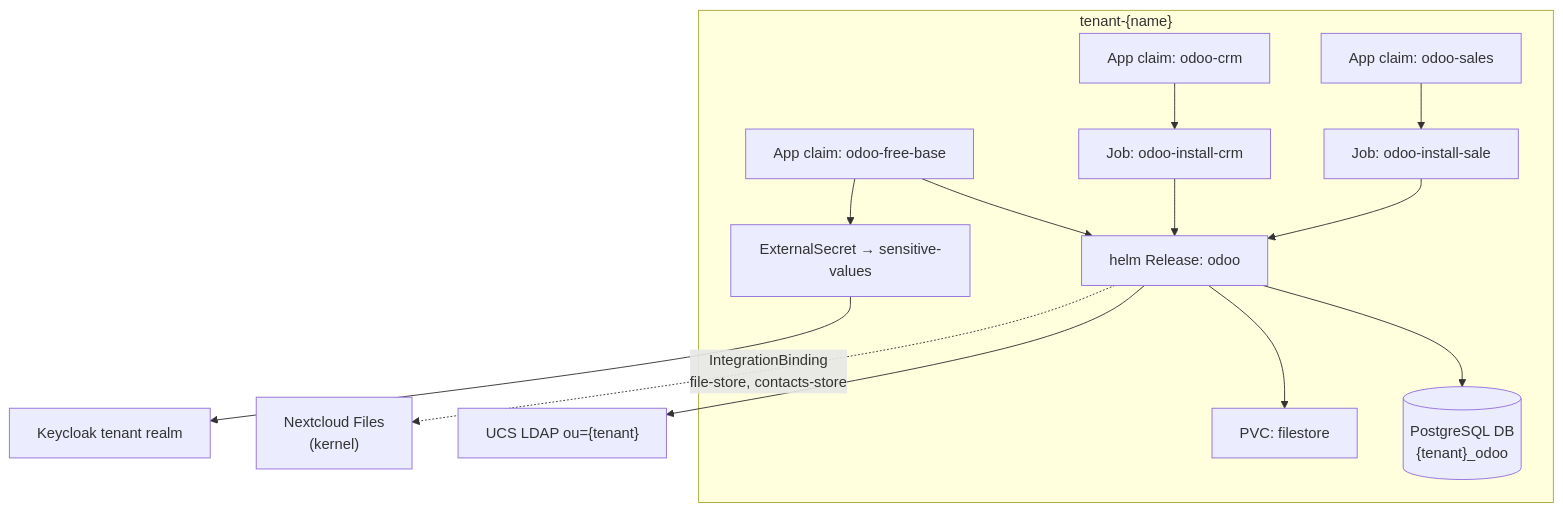
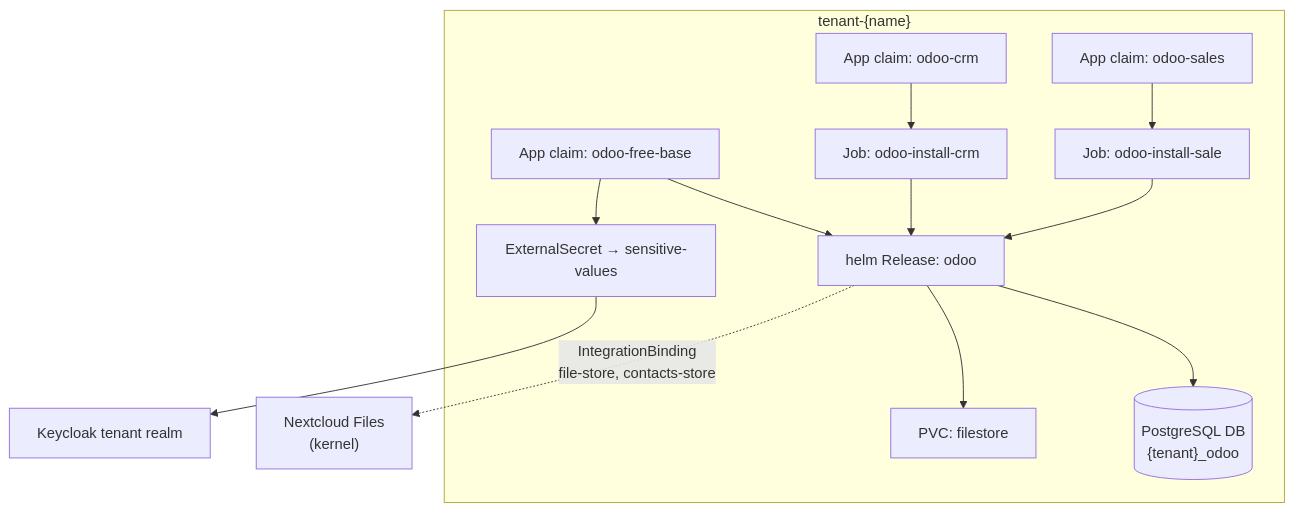
Before and after one commit to gentian-org/gentian-apps: the third of 3 diagrams in profiles/odoo-free-base/odoo-plan.md, drawn with Mermaid. The commit also changed other lines of this file, not shown here.

Commit message:
docs(odoo): update integration plan to remove LDAP and use Keycloak/OpenFGA

````diff
--- a/profiles/odoo-free-base/odoo-plan.md
+++ b/profiles/odoo-free-base/odoo-plan.md
@@ -711,28 +696,26 @@
 ```mermaid
 flowchart TB
     subgraph tenant_ns ["tenant-{name}"]
         APP["App claim: odoo-free-base"]
         MOD1["App claim: odoo-crm"]
         MOD2["App claim: odoo-sales"]
         REL["helm Release: odoo"]
         JOB1["Job: odoo-install-crm"]
         JOB2["Job: odoo-install-sale"]
         ESO["ExternalSecret → sensitive-values"]
         PG[("PostgreSQL DB\n{tenant}_odoo")]
         PVC["PVC: filestore"]
     end
 
     KC["Keycloak tenant realm"]
-    LDAP["UCS LDAP ou={tenant}"]
     NC["Nextcloud Files\n(kernel)"]
 
     APP --> REL
     APP --> ESO
     REL --> PG
     REL --> PVC
     MOD1 --> JOB1 --> REL
     MOD2 --> JOB2 --> REL
     ESO --> KC
-    REL --> LDAP
     REL -.->|IntegrationBinding\nfile-store, contacts-store| NC
 ```
````
